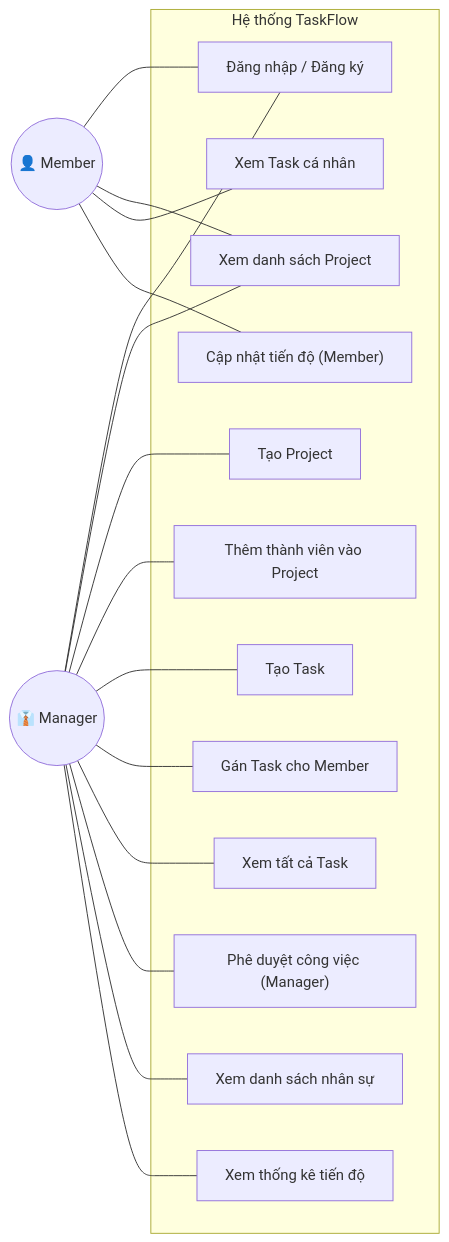
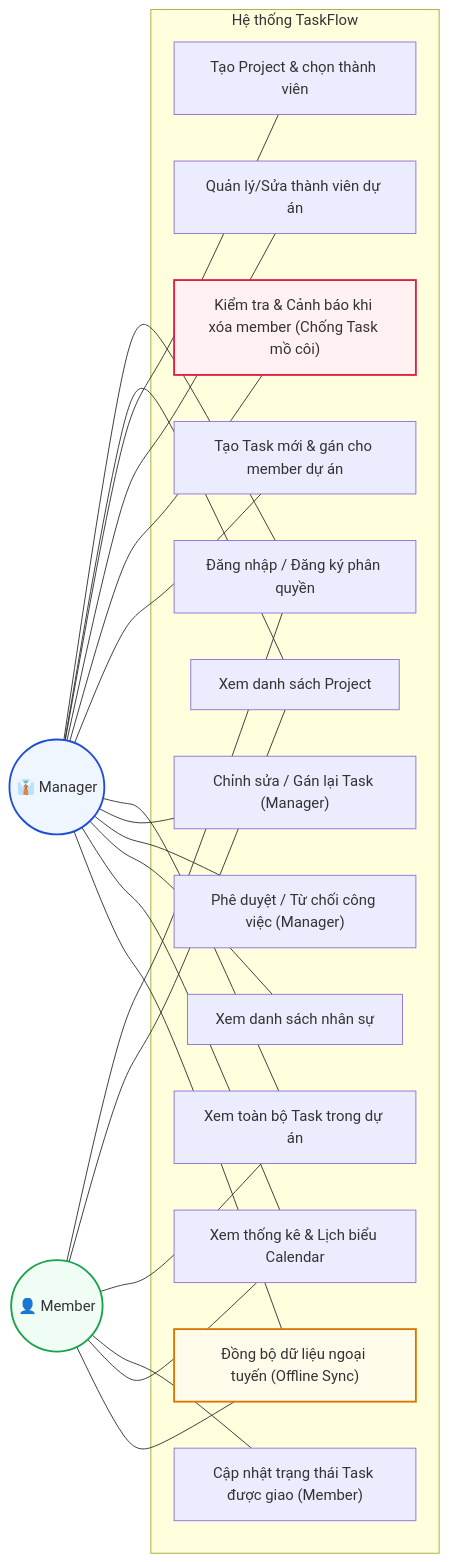
One commit to ttt-huong/TaskFlow_Huong_Thuong_Cuong_N03_1_2026 changed the fourth of 24 diagrams in docs/uml_va_luong_hoat_dong.md. Above: the diagram before and after it, drawn with Mermaid. The commit also changed other lines of this file and 3 other files, not shown here.

Commit message:
docs: redesign UML diagrams and add final course reports

````diff
--- a/docs/uml_va_luong_hoat_dong.md
+++ b/docs/uml_va_luong_hoat_dong.md
@@ -163,36 +268,46 @@
 ```mermaid
 flowchart LR
     subgraph Hệ thống TaskFlow
-        UC1["Đăng nhập / Đăng ký"]
+        UC1["Đăng nhập / Đăng ký phân quyền"]
         UC2["Xem danh sách Project"]
-        UC3["Tạo Project"]
-        UC4["Thêm thành viên vào Project"]
-        UC5["Tạo Task"]
-        UC6["Gán Task cho Member"]
-        UC7["Xem tất cả Task"]
-        UC8["Xem Task cá nhân"]
-        UC9["Cập nhật tiến độ (Member)"]
-        UC10["Phê duyệt công việc (Manager)"]
+        UC3["Tạo Project & chọn thành viên"]
+        UC4["Quản lý/Sửa thành viên dự án"]
+        UC5["Kiểm tra & Cảnh báo khi xóa member (Chống Task mồ côi)"]
+        UC6["Tạo Task mới & gán cho member dự án"]
+        UC7["Xem toàn bộ Task trong dự án"]
+        UC8["Chỉnh sửa / Gán lại Task (Manager)"]
+        UC9["Cập nhật trạng thái Task được giao (Member)"]
+        UC10["Phê duyệt / Từ chối công việc (Manager)"]
         UC11["Xem danh sách nhân sự"]
-        UC12["Xem thống kê tiến độ"]
+        UC12["Xem thống kê & Lịch biểu Calendar"]
+        UC13["Đồng bộ dữ liệu ngoại tuyến (Offline Sync)"]
     end
 
     Manager((👔 Manager))
     Member((👤 Member))
 
     Manager --- UC1
     Manager --- UC2
     Manager --- UC3
     Manager --- UC4
     Manager --- UC5
     Manager --- UC6
     Manager --- UC7
+    Manager --- UC8
     Manager --- UC10
     Manager --- UC11
     Manager --- UC12
+    Manager --- UC13
 
     Member --- UC1
     Member --- UC2
-    Member --- UC8
+    Member --- UC7
     Member --- UC9
+    Member --- UC12
+    Member --- UC13
+
+    style Manager fill:#eff6ff,stroke:#1d4ed8,stroke-width:2px
+    style Member fill:#f0fdf4,stroke:#16a34a,stroke-width:2px
+    style UC5 fill:#fff1f2,stroke:#e11d48,stroke-width:2px
+    style UC13 fill:#fffbeb,stroke:#d97706,stroke-width:2px
 ```
````
